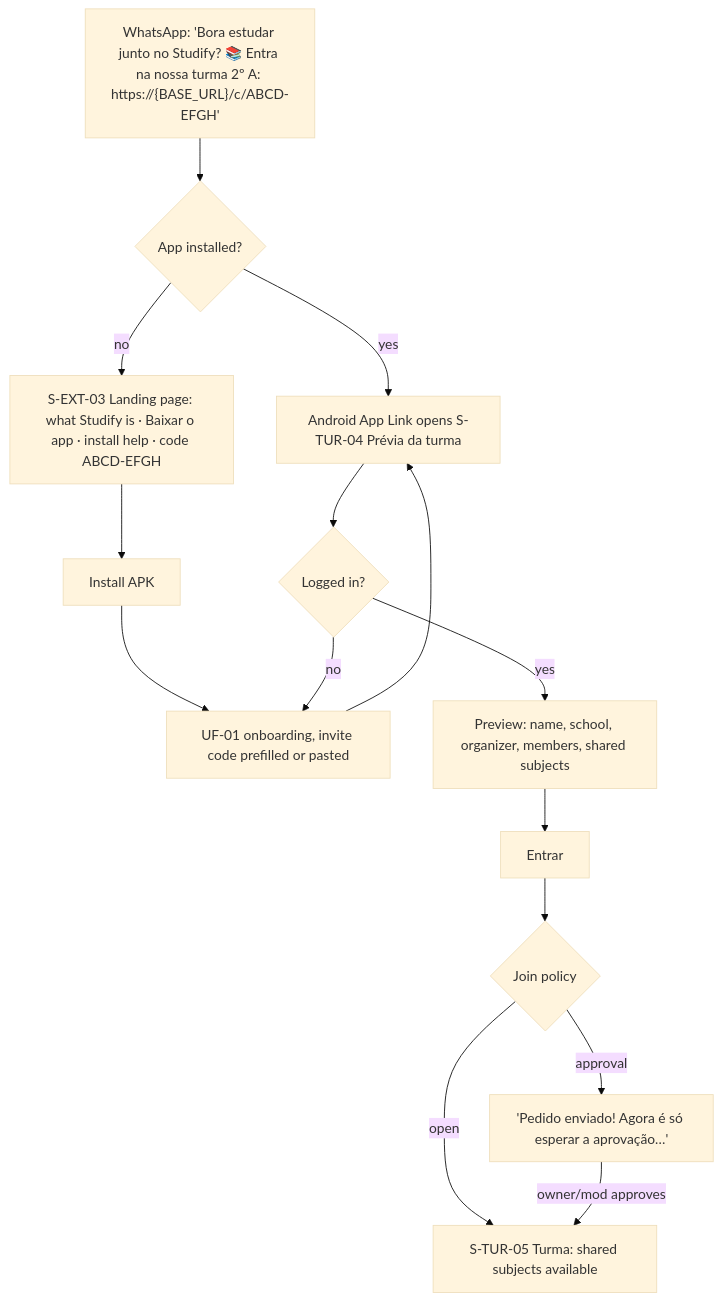
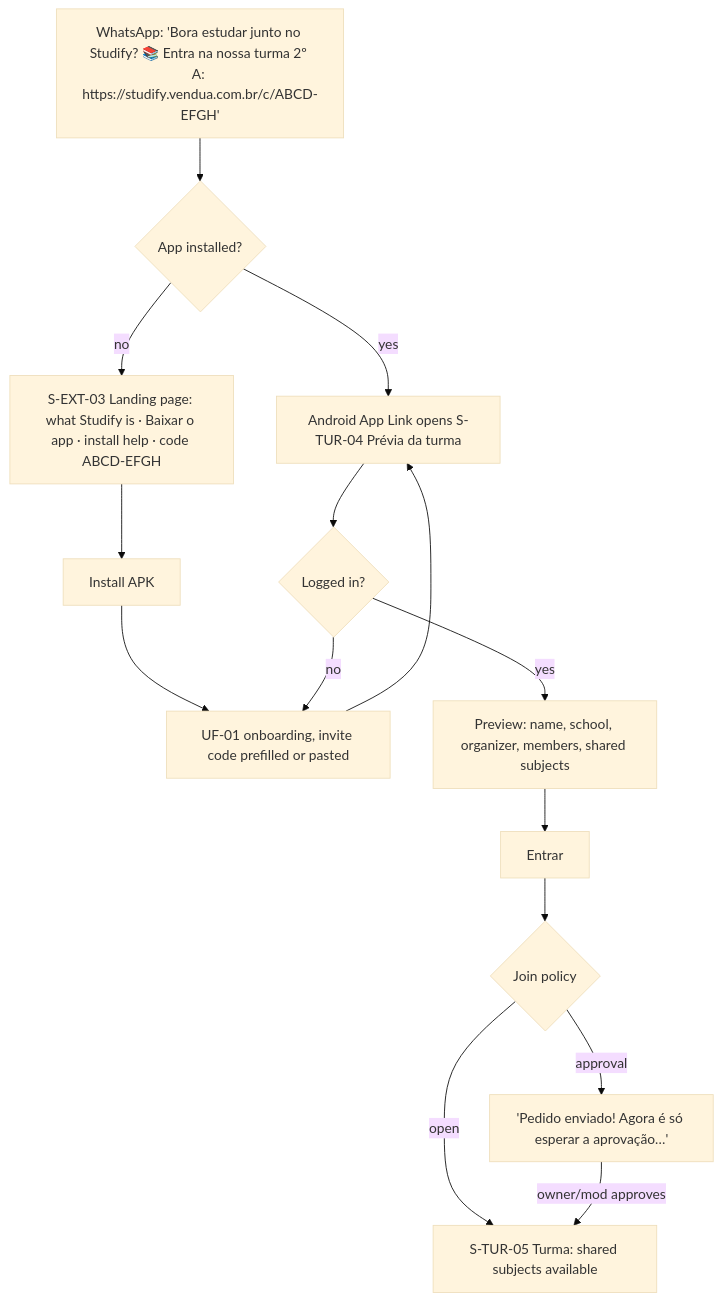
One commit to mariajunqueiramirandas-cpu/Studify changed the tenth of 23 diagrams in docs/product/user-flows.md. Above: the diagram before and after it, drawn with Mermaid (base theme). The commit also changed 36 other files, not shown here.

First line of the commit message:
feat(ai): default model claude-haiku-5-5 at effort high; links on studify.vendua.com.br

````diff
--- a/docs/product/user-flows.md
+++ b/docs/product/user-flows.md
@@ -363,16 +363,16 @@
 ```mermaid
 flowchart TD
-  W["WhatsApp: 'Bora estudar junto no Studify? 📚 Entra na nossa turma 2º A: https://{BASE_URL}/c/ABCD-EFGH'"] --> T{App installed?}
+  W["WhatsApp: 'Bora estudar junto no Studify? 📚 Entra na nossa turma 2º A: https://studify.vendua.com.br/c/ABCD-EFGH'"] --> T{App installed?}
   T -- yes --> AL["Android App Link opens S-TUR-04 Prévia da turma"]
   T -- no --> LP["S-EXT-03 Landing page: what Studify is · Baixar o app · install help · code ABCD-EFGH"]
   LP --> INS[Install APK] --> UF01["UF-01 onboarding, invite code prefilled or pasted"]
   UF01 --> AL
   AL --> J{Logged in?}
   J -- no --> UF01
   J -- yes --> P["Preview: name, school, organizer, members, shared subjects"]
   P --> E["Entrar"]
   E --> POL{Join policy}
   POL -- approval --> PEND["'Pedido enviado! Agora é só esperar a aprovação…'"]
   POL -- open --> HOME["S-TUR-05 Turma: shared subjects available"]
   PEND -->|owner/mod approves| HOME
 ```
````
